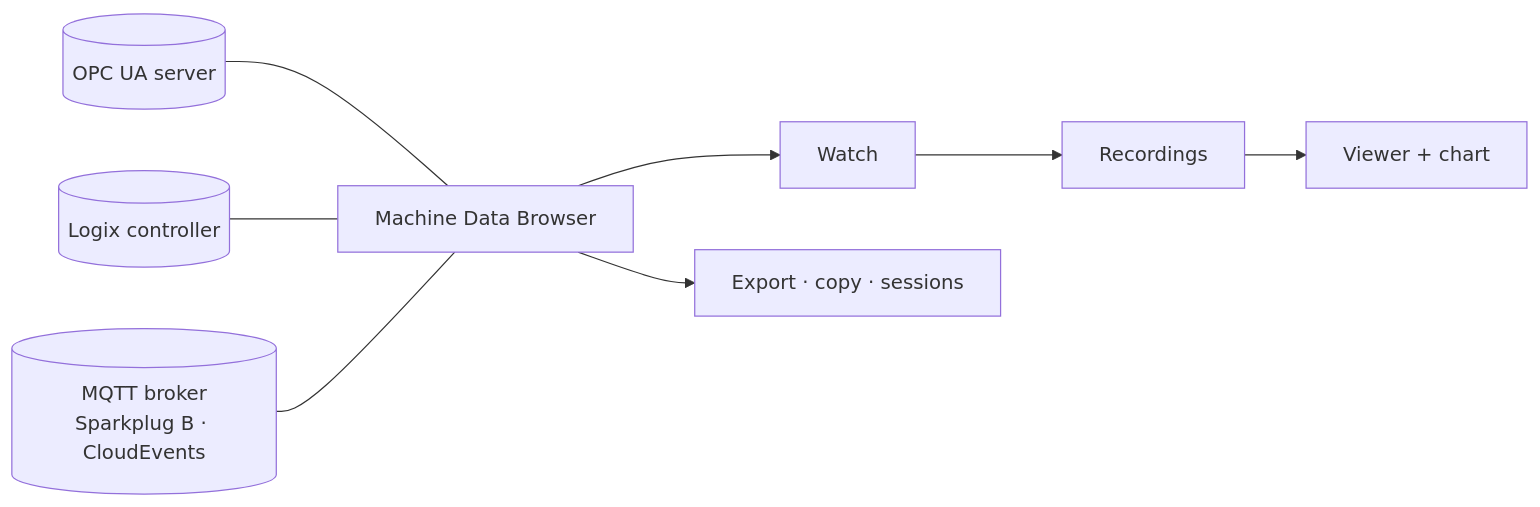
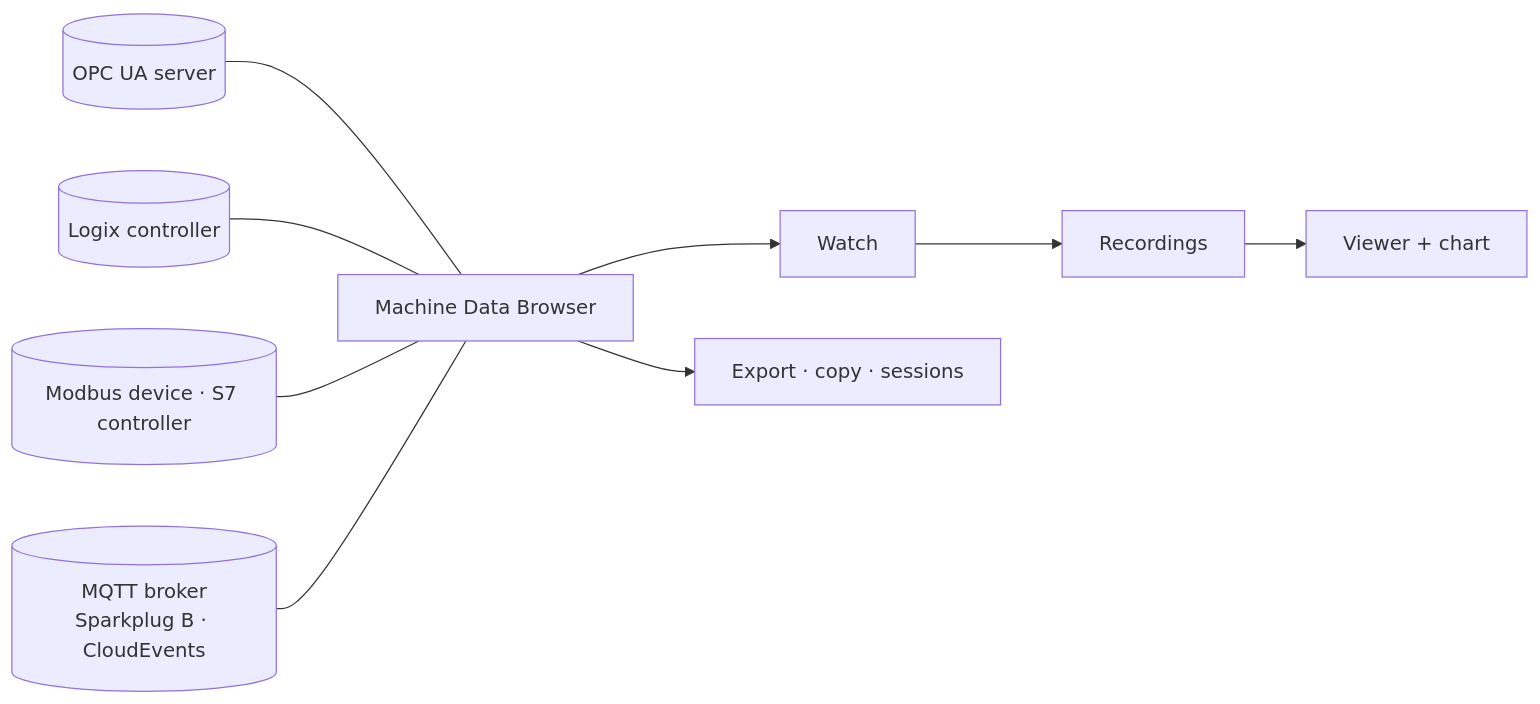
Before and after one commit to ZaoralJ/MachineDataBrowser: the diagram in README.md, drawn with Mermaid. The commit also changed other lines of this file and 89 other files, not shown here.

````diff
--- a/README.md
+++ b/README.md
@@ -28,8 +29,9 @@
 ```mermaid
 flowchart LR
     UA[(OPC UA server)] --- App
     PLC[(Logix controller)] --- App
+    DEV[(Modbus device · S7 controller)] --- App
     MQ[(MQTT broker<br/>Sparkplug B · CloudEvents)] --- App
     App[Machine Data Browser] --> W[Watch] --> R[Recordings] --> V[Viewer + chart]
     App --> X[Export · copy · sessions]
 ```
````
